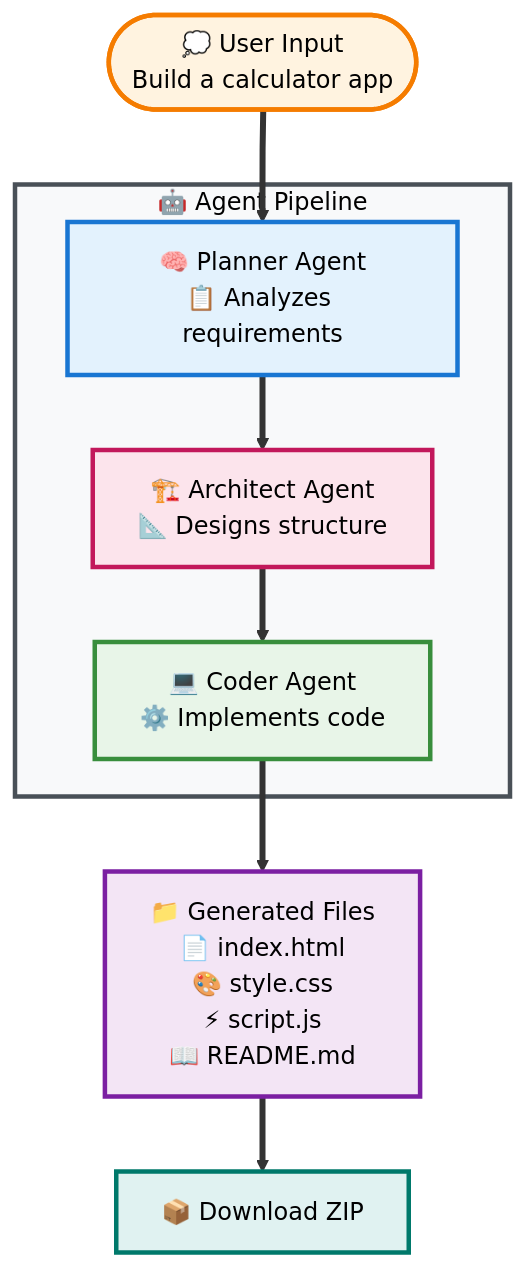
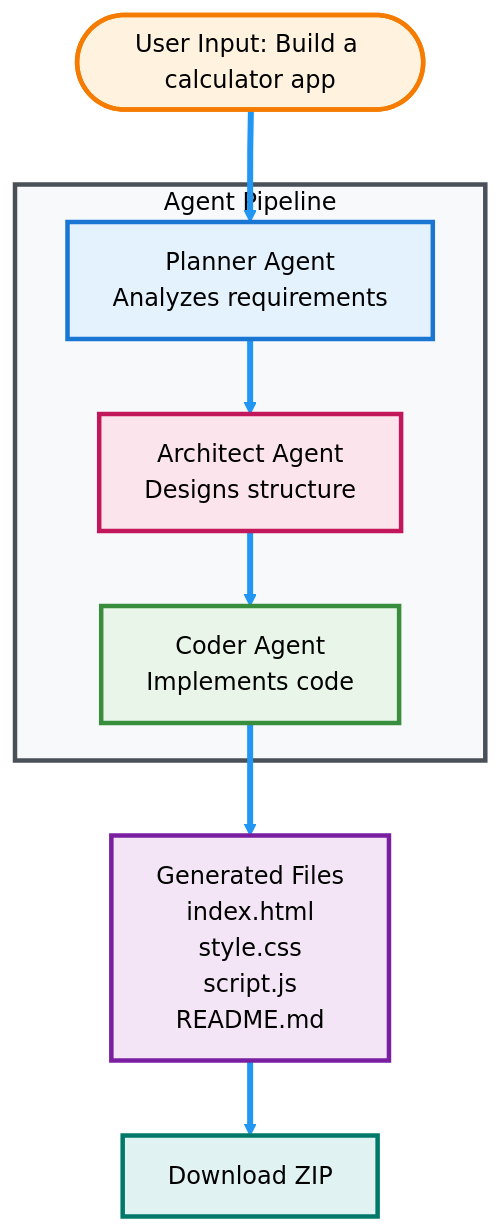
Before and after one commit to KshitizCodeHub/Architect_AI: the diagram in README.md, drawn with Mermaid. The commit also changed other lines of this file, not shown here.

````diff
--- a/README.md
+++ b/README.md
@@ -18,27 +16,27 @@
 ```mermaid
 flowchart TD
-    Start(["💭 User Input<br/>Build a calculator app"]) --> Planner
+    Start([User Input: Build a calculator app]) --> Planner
     
-    subgraph Pipeline ["🤖 Agent Pipeline"]
-        Planner["🧠 Planner Agent<br/>📋 Analyzes requirements"] --> Architect
-        Architect["🏗️ Architect Agent<br/>📐 Designs structure"] --> Coder
-        Coder["💻 Coder Agent<br/>⚙️ Implements code"]
+    subgraph Pipeline [Agent Pipeline]
+        Planner[Planner Agent<br/>Analyzes requirements] --> Architect
+        Architect[Architect Agent<br/>Designs structure] --> Coder
+        Coder[Coder Agent<br/>Implements code]
     end
     
-    Coder --> Files["📁 Generated Files<br/>📄 index.html<br/>🎨 style.css<br/>⚡ script.js<br/>📖 README.md"]
-    Files --> Download["📦 Download ZIP"]
+    Coder --> Files[Generated Files<br/>index.html<br/>style.css<br/>script.js<br/>README.md]
+    Files --> Download[Download ZIP]
     
     style Planner fill:#e3f2fd,stroke:#1976d2,stroke-width:3px,color:#000
     style Architect fill:#fce4ec,stroke:#c2185b,stroke-width:3px,color:#000
     style Coder fill:#e8f5e8,stroke:#388e3c,stroke-width:3px,color:#000
     style Pipeline fill:#f8f9fa,stroke:#495057,stroke-width:3px,color:#000
     style Start fill:#fff3e0,stroke:#f57c00,stroke-width:3px,color:#000
     style Files fill:#f3e5f5,stroke:#7b1fa2,stroke-width:3px,color:#000
     style Download fill:#e0f2f1,stroke:#00796b,stroke-width:3px,color:#000
     
-    linkStyle 0 stroke:#333,stroke-width:4px
-    linkStyle 1 stroke:#333,stroke-width:4px
-    linkStyle 2 stroke:#333,stroke-width:4px
-    linkStyle 3 stroke:#333,stroke-width:4px
-    linkStyle 4 stroke:#333,stroke-width:4px
+    linkStyle 0 stroke:#2196f3,stroke-width:4px
+    linkStyle 1 stroke:#2196f3,stroke-width:4px
+    linkStyle 2 stroke:#2196f3,stroke-width:4px
+    linkStyle 3 stroke:#2196f3,stroke-width:4px
+    linkStyle 4 stroke:#2196f3,stroke-width:4px
 ```
````
